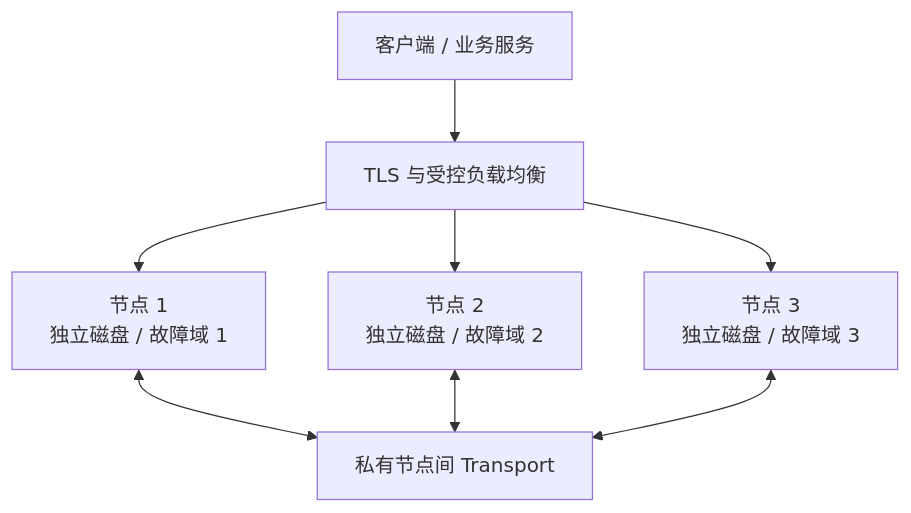
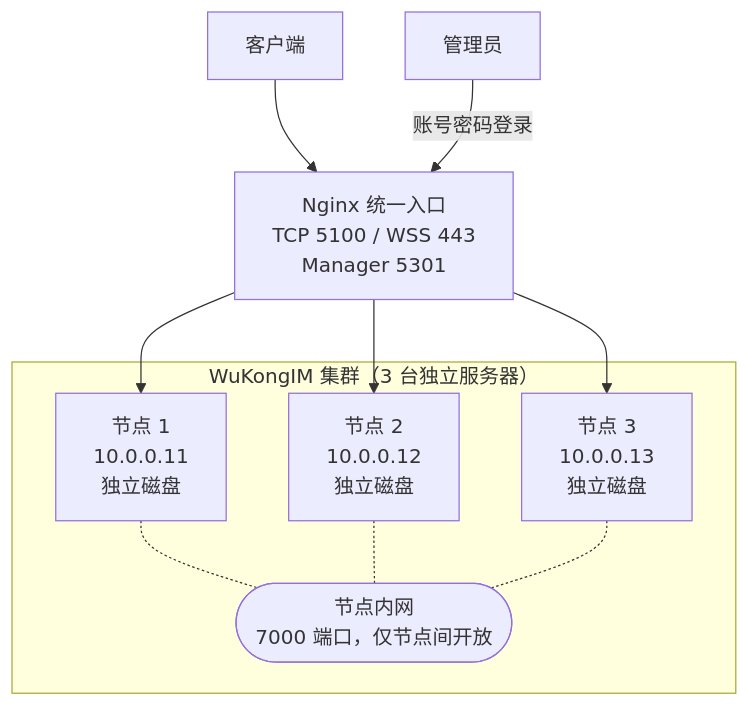
The diagram in docs-site/content/docs/server/deployment/multi-node.mdx (WuKongIM/WuKongIM), drawn with Mermaid before and after one commit. The commit also changed other lines of this file and 59 other files, not shown here.

````diff
--- a/docs-site/content/docs/server/deployment/multi-node.mdx
+++ b/docs-site/content/docs/server/deployment/multi-node.mdx
@@ -8,10 +8,23 @@
 ```mermaid
-flowchart TD
-  Client["客户端 / 业务服务"] --> Edge["TLS 与受控负载均衡"]
-  Edge --> Node1["节点 1<br/>独立磁盘 / 故障域 1"]
-  Edge --> Node2["节点 2<br/>独立磁盘 / 故障域 2"]
-  Edge --> Node3["节点 3<br/>独立磁盘 / 故障域 3"]
-  Node1 <--> Transport["私有节点间 Transport"]
-  Node2 <--> Transport
-  Node3 <--> Transport
+flowchart TB
+  Client["客户端"]
+  Admin["管理员"]
+  Nginx["Nginx 统一入口<br/>TCP 5100 / WSS 443<br/>Manager 5301"]
+
+  subgraph Cluster["WuKongIM 集群（3 台独立服务器）"]
+    Node1["节点 1<br/>10.0.0.11<br/>独立磁盘"]
+    Node2["节点 2<br/>10.0.0.12<br/>独立磁盘"]
+    Node3["节点 3<br/>10.0.0.13<br/>独立磁盘"]
+    Network(["节点内网<br/>7000 端口，仅节点间开放"])
+
+    Node1 -.- Network
+    Node2 -.- Network
+    Node3 -.- Network
+  end
+
+  Client --> Nginx
+  Admin -->|账号密码登录| Nginx
+  Nginx --> Node1
+  Nginx --> Node2
+  Nginx --> Node3
 ```
````
